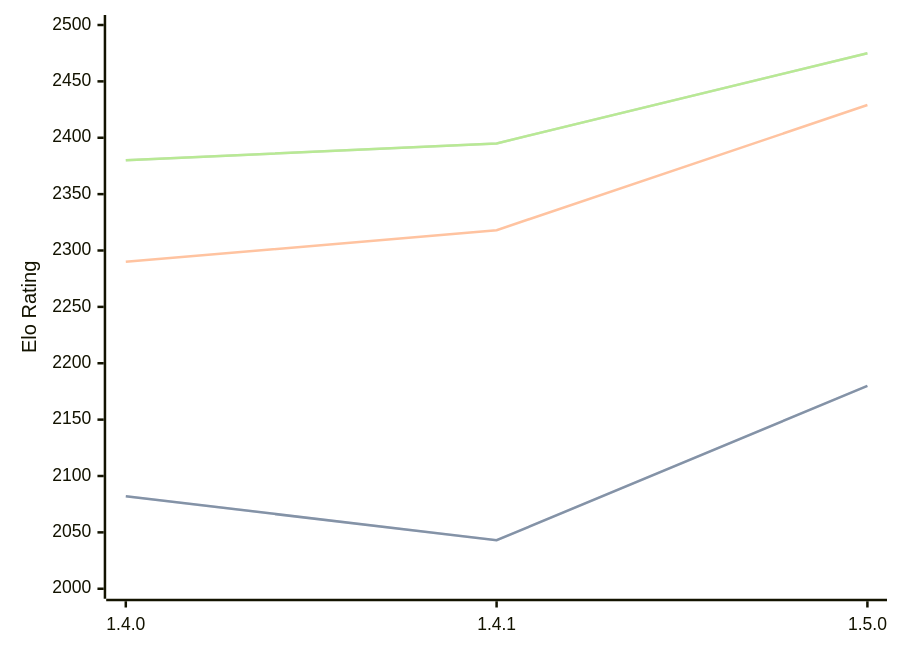
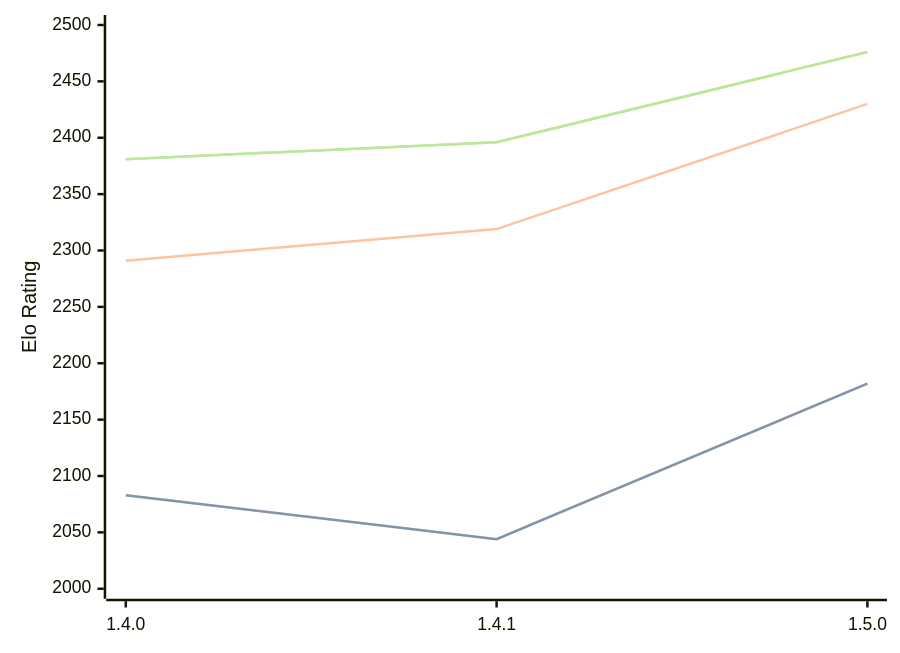
Before and after one commit to computer-chess-index/cci: the diagram in engines/Tofiks.md, drawn with Mermaid. The commit also changed other lines of this file, not shown here.

Commit message:
Update CCI Ratings (ELO VLTC) - 2026-08-26

````diff
--- a/engines/Tofiks.md
+++ b/engines/Tofiks.md
@@ -33,11 +33,11 @@
 ```mermaid
 %%{init: {"theme":"base","themeVariables":{"seriesColors:['#a3a3a3','#222221','#faa371']}}}%%
 xychart-beta
   x-axis ["1.4.0", "1.4.1", "1.5.0"]
   y-axis "Elo Rating" 2000 --> 2500
-  line "STC (8.0+0.08s)" [2082, 2043, 2180]
-  line "STC (8.0+0.08s)" [2082, 2043, 2180]
-  line "LTC (60.0+0.60s)" [2290, 2318, 2429]
-  line "VLTC (2m24s+1.12s)" [2380, 2395, 2475]
-  line "VLTC (2m24s+1.12s)" [2380, 2395, 2475]
+  line "STC (8.0+0.08s)" [2083, 2044, 2182]
+  line "STC (8.0+0.08s)" [2083, 2044, 2182]
+  line "LTC (60.0+0.60s)" [2291, 2319, 2430]
+  line "VLTC (2m24s+1.12s)" [2381, 2396, 2476]
+  line "VLTC (2m24s+1.12s)" [2381, 2396, 2476]
 ```
````
